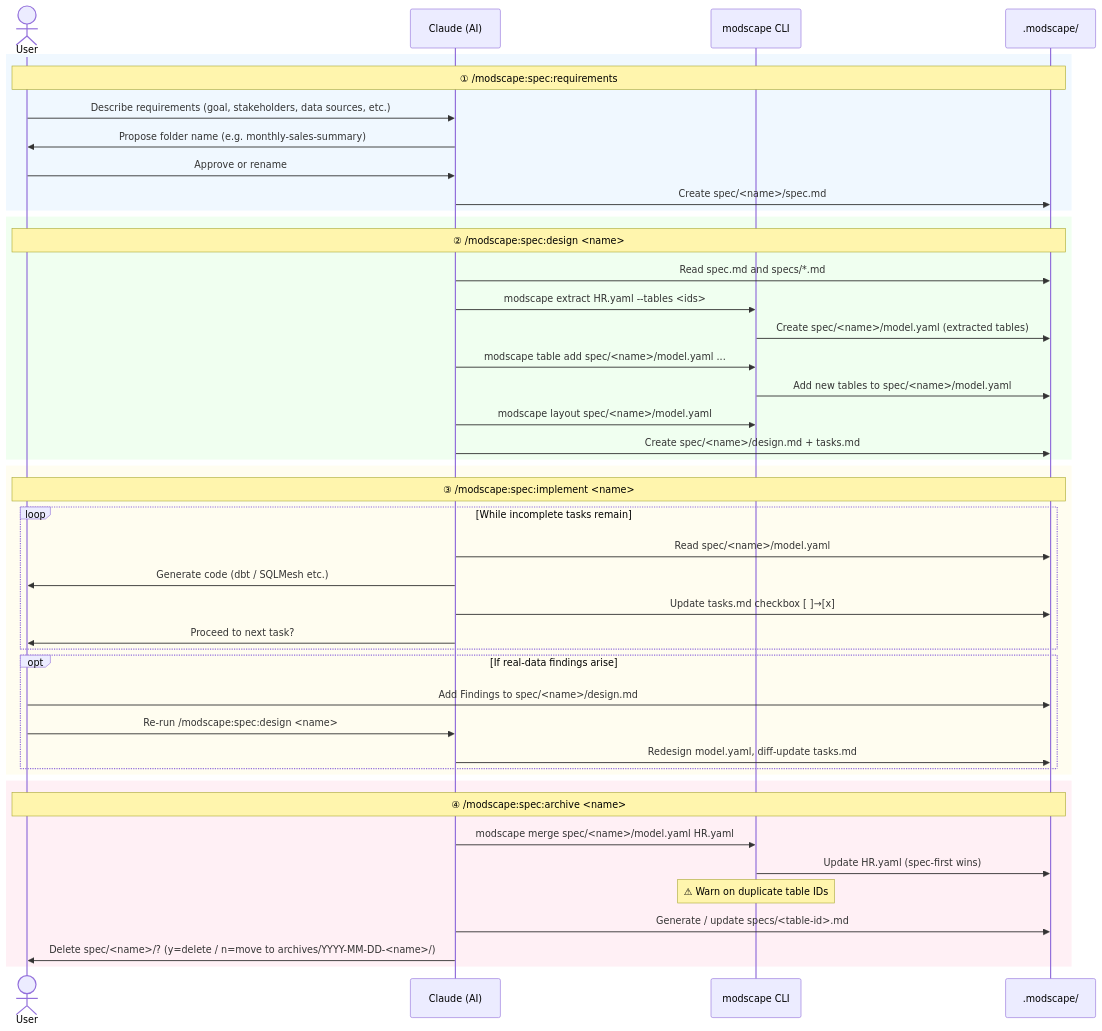
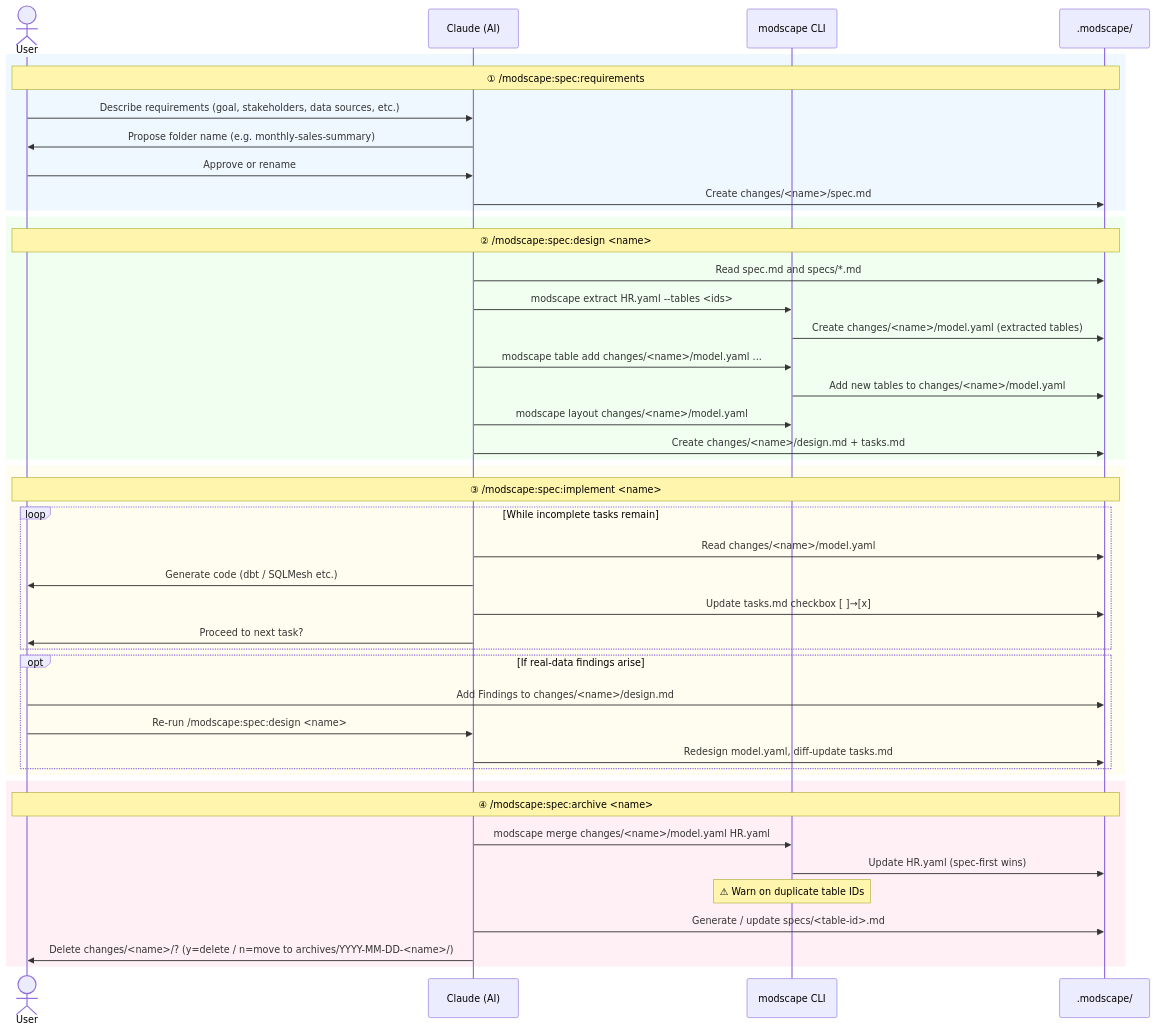
The diagram in README.md (yujikawa/modscape), drawn with Mermaid before and after one commit. The commit also changed other lines of this file and 17 other files, not shown here.

````diff
--- a/README.md
+++ b/README.md
@@ -561,50 +561,50 @@
 ```mermaid
 sequenceDiagram
     actor User
     participant AI as Claude (AI)
     participant CLI as modscape CLI
     participant FS as .modscape/
 
     rect rgb(240, 248, 255)
         Note over User,FS: ① /modscape:spec:requirements
         User->>AI: Describe requirements (goal, stakeholders, data sources, etc.)
         AI->>User: Propose folder name (e.g. monthly-sales-summary)
         User->>AI: Approve or rename
-        AI->>FS: Create spec/<name>/spec.md
+        AI->>FS: Create changes/<name>/spec.md
     end
 
     rect rgb(240, 255, 240)
         Note over User,FS: ② /modscape:spec:design <name>
         AI->>FS: Read spec.md and specs/*.md
         AI->>CLI: modscape extract HR.yaml --tables <ids>
-        CLI->>FS: Create spec/<name>/model.yaml (extracted tables)
-        AI->>CLI: modscape table add spec/<name>/model.yaml ...
-        CLI->>FS: Add new tables to spec/<name>/model.yaml
-        AI->>CLI: modscape layout spec/<name>/model.yaml
-        AI->>FS: Create spec/<name>/design.md + tasks.md
+        CLI->>FS: Create changes/<name>/model.yaml (extracted tables)
+        AI->>CLI: modscape table add changes/<name>/model.yaml ...
+        CLI->>FS: Add new tables to changes/<name>/model.yaml
+        AI->>CLI: modscape layout changes/<name>/model.yaml
+        AI->>FS: Create changes/<name>/design.md + tasks.md
     end
 
     rect rgb(255, 253, 240)
         Note over User,FS: ③ /modscape:spec:implement <name>
         loop While incomplete tasks remain
-            AI->>FS: Read spec/<name>/model.yaml
+            AI->>FS: Read changes/<name>/model.yaml
             AI->>User: Generate code (dbt / SQLMesh etc.)
             AI->>FS: Update tasks.md checkbox [ ]→[x]
             AI->>User: Proceed to next task?
         end
         opt If real-data findings arise
-            User->>FS: Add Findings to spec/<name>/design.md
+            User->>FS: Add Findings to changes/<name>/design.md
             User->>AI: Re-run /modscape:spec:design <name>
             AI->>FS: Redesign model.yaml, diff-update tasks.md
         end
     end
 
     rect rgb(255, 240, 245)
         Note over User,FS: ④ /modscape:spec:archive <name>
-        AI->>CLI: modscape merge spec/<name>/model.yaml HR.yaml
+        AI->>CLI: modscape merge changes/<name>/model.yaml HR.yaml
         CLI->>FS: Update HR.yaml (spec-first wins)
         Note over CLI: ⚠ Warn on duplicate table IDs
         AI->>FS: Generate / update specs/<table-id>.md
-        AI->>User: Delete spec/<name>/? (y=delete / n=move to archives/YYYY-MM-DD-<name>/)
+        AI->>User: Delete changes/<name>/? (y=delete / n=move to archives/YYYY-MM-DD-<name>/)
     end
 ```
````
